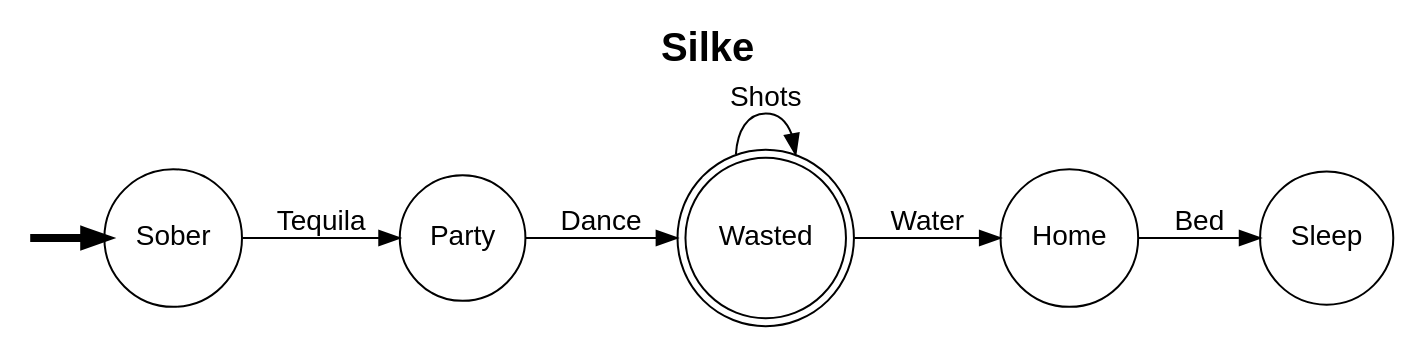
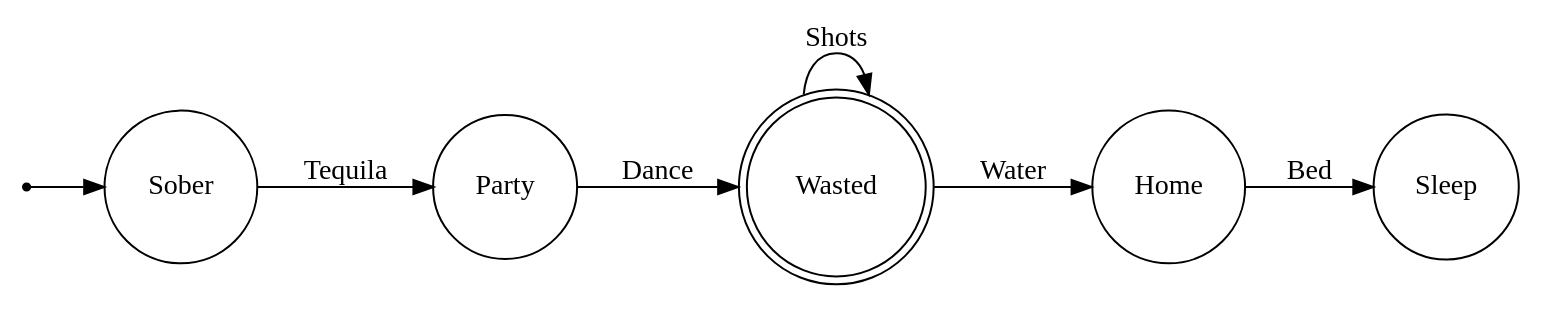
One commit to P4-Group2-Compiler/P4-State-Lang changed the diagram in bin/graph.gv. Above: the diagram before and after it, drawn with Graphviz. The commit also changed 1 other file, not shown here.

```diff
--- a/bin/graph.gv
+++ b/bin/graph.gv
@@ -1,8 +1,12 @@
-digraph Silke { labelloc= t;
-   label=<<B>Silke</B>>; 
-   rankdir = LR; 
-   fontname="Arial";
-   fontsize=20;
-   node [shape = circle; fontname="Arial"];
-   edge [fontname="Arial";];
-   null [shape = point; style=invis;];Sober -> Party [label="Tequila"];Party -> Wasted [label="Dance"];Home -> Sleep [label="Bed"];Wasted -> Wasted [label="Shots"];Wasted -> Home [label="Water"];null -> Sober [penwidth=4.0; lhead= Sober;];Wasted [shape = doublecircle;];}
+digraph Silke {
+ rankdir = LR;
+ node [shape = circle;];
+ null [shape = point;];
+null -> Sober;
+Sober -> Party [label="Tequila"];
+Party -> Wasted [label="Dance"];
+Home -> Sleep [label="Bed"];
+Wasted -> Wasted [label="Shots"];
+Wasted -> Home [label="Water"];
+Wasted [shape = doublecircle;];
+}
```
